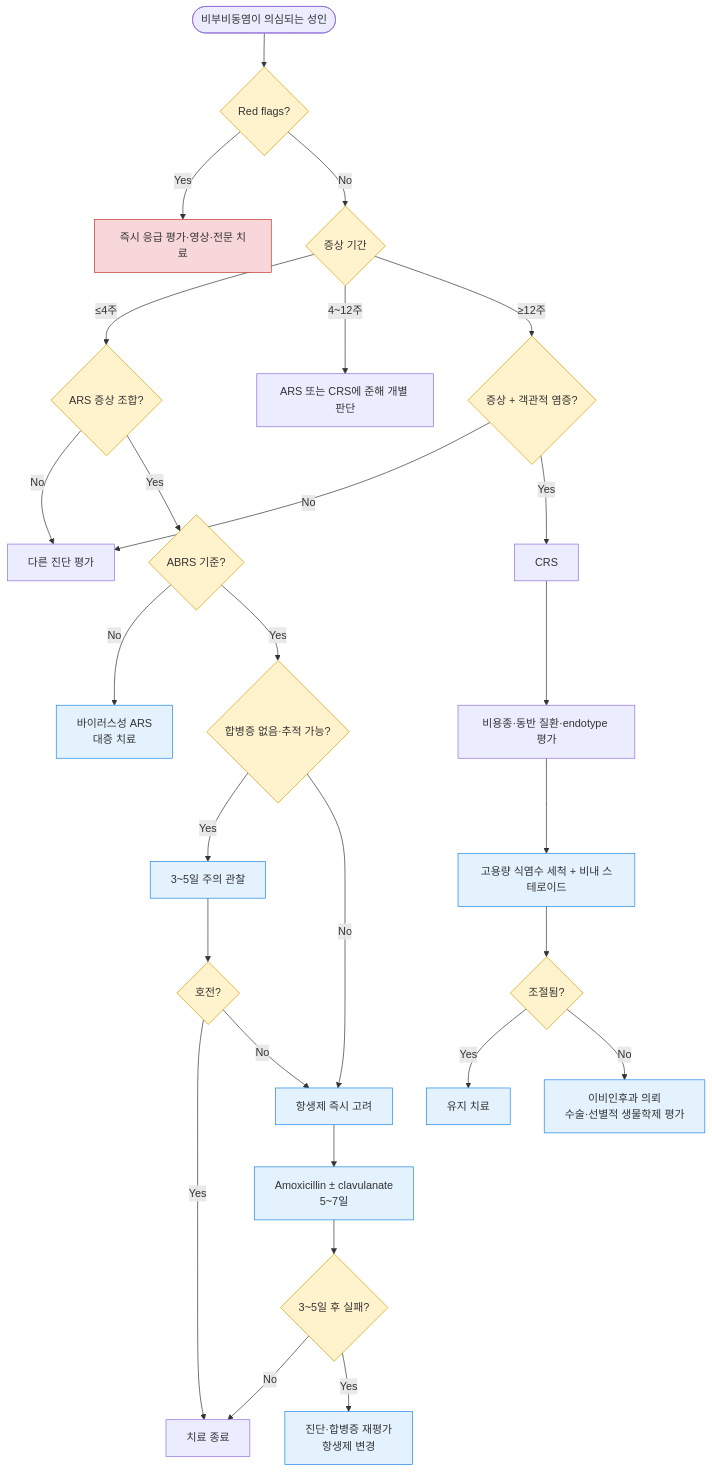
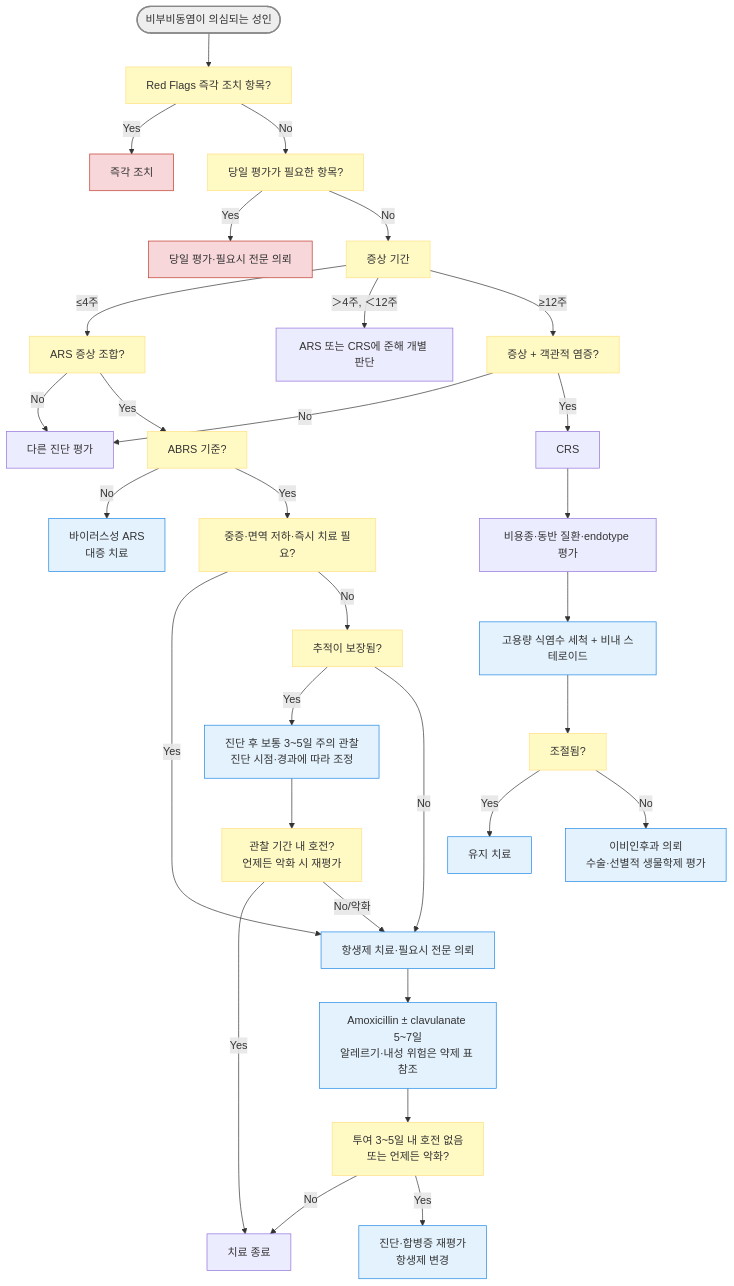
One commit to familyoh77/familyoh77 changed the diagram in 222_/053_-rhinosinusitis-sinusitis.md. Above: the diagram before and after it, drawn with Mermaid. The commit also changed other lines of this file, not shown here.

````diff
--- a/222_/053_-rhinosinusitis-sinusitis.md
+++ b/222_/053_-rhinosinusitis-sinusitis.md
@@ -407,38 +430,44 @@
 ```mermaid
 graph TD
-    Start([비부비동염이 의심되는 성인]) --> Red{Red flags?}
-    Red -- Yes --> ER[즉시 응급 평가·영상·전문 치료]
-    Red -- No --> Duration{증상 기간}
+    Start(["비부비동염이 의심되는 성인"]) --> Red["Red Flags 즉각 조치 항목?"]
+    Red -- Yes --> ER["즉각 조치"]
+    Red -- No --> Urgent["당일 평가가 필요한 항목?"]
+    Urgent -- Yes --> SameDay["당일 평가·필요시 전문 의뢰"]
+    Urgent -- No --> Duration["증상 기간"]
 
-    Duration -- "≤4주" --> ARS{ARS 증상 조합?}
-    ARS -- No --> Alt[다른 진단 평가]
-    ARS -- Yes --> ABRS{ABRS 기준?}
-    ABRS -- No --> Viral[바이러스성 ARS<br/>대증 치료]
-    ABRS -- Yes --> Risk{합병증 없음·추적 가능?}
-    Risk -- Yes --> Watch[3~5일 주의 관찰]
-    Risk -- No --> Antibiotic[항생제 즉시 고려]
-    Watch --> Improve{호전?}
-    Improve -- Yes --> End[치료 종료]
-    Improve -- No --> Antibiotic
-    Antibiotic --> First["Amoxicillin ± clavulanate<br/>5~7일"]
-    First --> Fail{3~5일 후 실패?}
+    Duration -- "≤4주" --> ARS["ARS 증상 조합?"]
+    ARS -- No --> Alt["다른 진단 평가"]
+    ARS -- Yes --> ABRS["ABRS 기준?"]
+    ABRS -- No --> Viral["바이러스성 ARS<br/>대증 치료"]
+    ABRS -- Yes --> Risk["중증·면역 저하·즉시 치료 필요?"]
+    Risk -- Yes --> Antibiotic["항생제 치료·필요시 전문 의뢰"]
+    Risk -- No --> Follow["추적이 보장됨?"]
+    Follow -- Yes --> Watch["진단 후 보통 3~5일 주의 관찰<br/>진단 시점·경과에 따라 조정"]
+    Follow -- No --> Antibiotic
+    Watch --> Improve["관찰 기간 내 호전?<br/>언제든 악화 시 재평가"]
+    Improve -- Yes --> End["치료 종료"]
+    Improve -- "No/악화" --> Antibiotic
+    Antibiotic --> First["Amoxicillin ± clavulanate 5~7일<br/>알레르기·내성 위험은 약제 표 참조"]
+    First --> Fail["투여 3~5일 내 호전 없음<br/>또는 언제든 악화?"]
     Fail -- No --> End
-    Fail -- Yes --> Reassess[진단·합병증 재평가<br/>항생제 변경]
+    Fail -- Yes --> Reassess["진단·합병증 재평가<br/>항생제 변경"]
 
-    Duration -- "4~12주" --> Subacute[ARS 또는 CRS에 준해 개별 판단]
-    Duration -- "≥12주" --> CRScheck{증상 + 객관적 염증?}
+    Duration -- "＞4주, ＜12주" --> Subacute["ARS 또는 CRS에 준해 개별 판단"]
+    Duration -- "≥12주" --> CRScheck["증상 + 객관적 염증?"]
     CRScheck -- No --> Alt
-    CRScheck -- Yes --> CRS[CRS]
-    CRS --> Phenotype[비용종·동반 질환·endotype 평가]
-    Phenotype --> Basic[고용량 식염수 세척 + 비내 스테로이드]
-    Basic --> Control{조절됨?}
-    Control -- Yes --> Maintain[유지 치료]
-    Control -- No --> Refer[이비인후과 의뢰<br/>수술·선별적 생물학제 평가]
+    CRScheck -- Yes --> CRS["CRS"]
+    CRS --> Phenotype["비용종·동반 질환·endotype 평가"]
+    Phenotype --> Basic["고용량 식염수 세척 + 비내 스테로이드"]
+    Basic --> Control["조절됨?"]
+    Control -- Yes --> Maintain["유지 치료"]
+    Control -- No --> Refer["이비인후과 의뢰<br/>수술·선별적 생물학제 평가"]
 
+    classDef start fill:#eeeeee,stroke:#888888,stroke-width:2px
+    class Start start
     classDef danger fill:#f8d7da,stroke:#c0392b
-    class ER danger
-    classDef decision fill:#fff3cd,stroke:#d39e00
-    class Red,Duration,ARS,ABRS,Risk,Improve,Fail,CRScheck,Control decision
+    class ER,SameDay danger
+    classDef decision fill:#fff9c4,stroke:#ffe082
+    class Red,Urgent,Duration,ARS,ABRS,Risk,Follow,Improve,Fail,CRScheck,Control decision
     classDef treatment fill:#e3f2fd,stroke:#1e88e5
     class Viral,Watch,Antibiotic,First,Reassess,Basic,Maintain,Refer treatment
 ```
````
